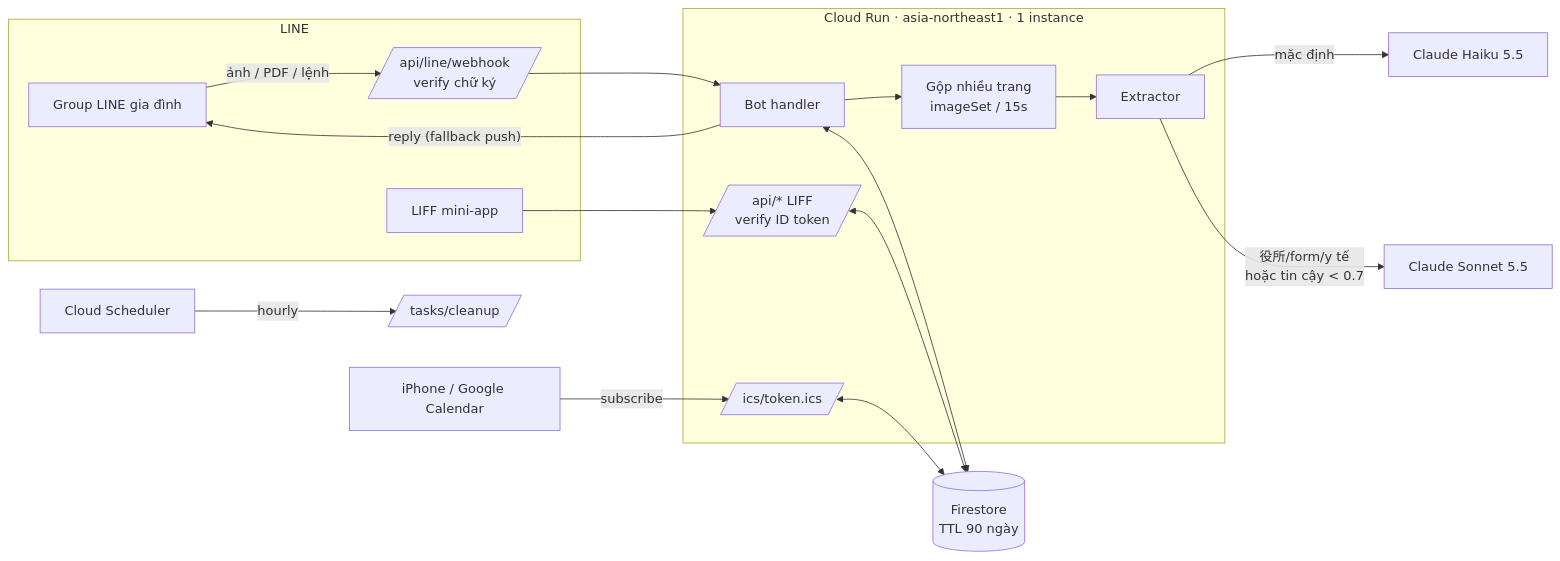
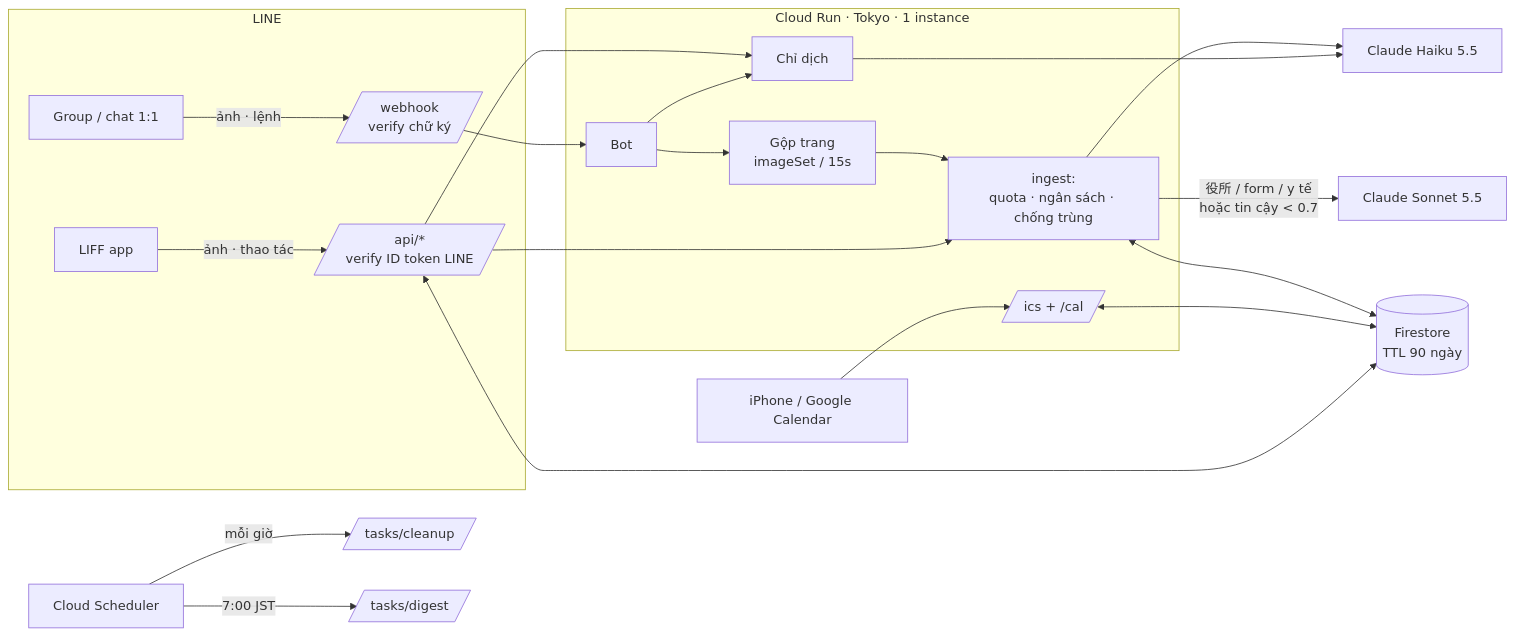
Before and after one commit to TinNV4/Otayori: the first of 2 diagrams in README.md, drawn with Mermaid. The commit also changed other lines of this file and 14 other files, not shown here.

First line of the commit message:
Pre-invite hardening: token refresh, admin alerts, naming, digest, storage tests, README

````diff
--- a/README.md
+++ b/README.md
@@ -7,21 +19,23 @@
 ```mermaid
 flowchart LR
   subgraph LINE
-    G[Group LINE gia đình] -- ảnh / PDF / lệnh --> W
-    L[LIFF mini-app]
+    G[Group / chat 1:1] -- ảnh · lệnh --> W
+    L[LIFF app] -- ảnh · thao tác --> API
   end
-  subgraph CR[Cloud Run · asia-northeast1 · 1 instance]
-    W[/api/line/webhook\nverify chữ ký/] --> B[Bot handler]
-    B --> A[Gộp nhiều trang\nimageSet / 15s]
-    A --> X[Extractor]
-    API[/api/* LIFF\nverify ID token/]
-    ICS[/ics/token.ics/]
+  subgraph CR[Cloud Run · Tokyo · 1 instance]
+    W[/webhook\nverify chữ ký/] --> B[Bot]
+    B --> AG[Gộp trang\nimageSet / 15s]
+    AG --> IN[ingest:\nquota · ngân sách · chống trùng]
+    API[/api/*\nverify ID token LINE/] --> IN
+    API --> TR[Chỉ dịch]
+    B --> TR
+    ICS[/ics + /cal/]
   end
-  X -- mặc định --> H[Claude Haiku 5.5]
-  X -- 役所/form/y tế\nhoặc tin cậy < 0.7 --> S[Claude Sonnet 5.5]
-  B & API & ICS <--> F[(Firestore\nTTL 90 ngày)]
-  B -- reply (fallback push) --> G
-  L --> API
-  Cal[iPhone / Google Calendar] -- subscribe --> ICS
-  Sch[Cloud Scheduler] -- hourly --> CL[/tasks/cleanup/]
+  IN --> H[Claude Haiku 5.5]
+  IN -- 役所 / form / y tế\nhoặc tin cậy < 0.7 --> S[Claude Sonnet 5.5]
+  TR --> H
+  IN & ICS & API <--> F[(Firestore\nTTL 90 ngày)]
+  Cal[iPhone / Google Calendar] --> ICS
+  Sch[Cloud Scheduler] -- mỗi giờ --> CL[/tasks/cleanup/]
+  Sch -- 7:00 JST --> DG[/tasks/digest/]
 ```
````
